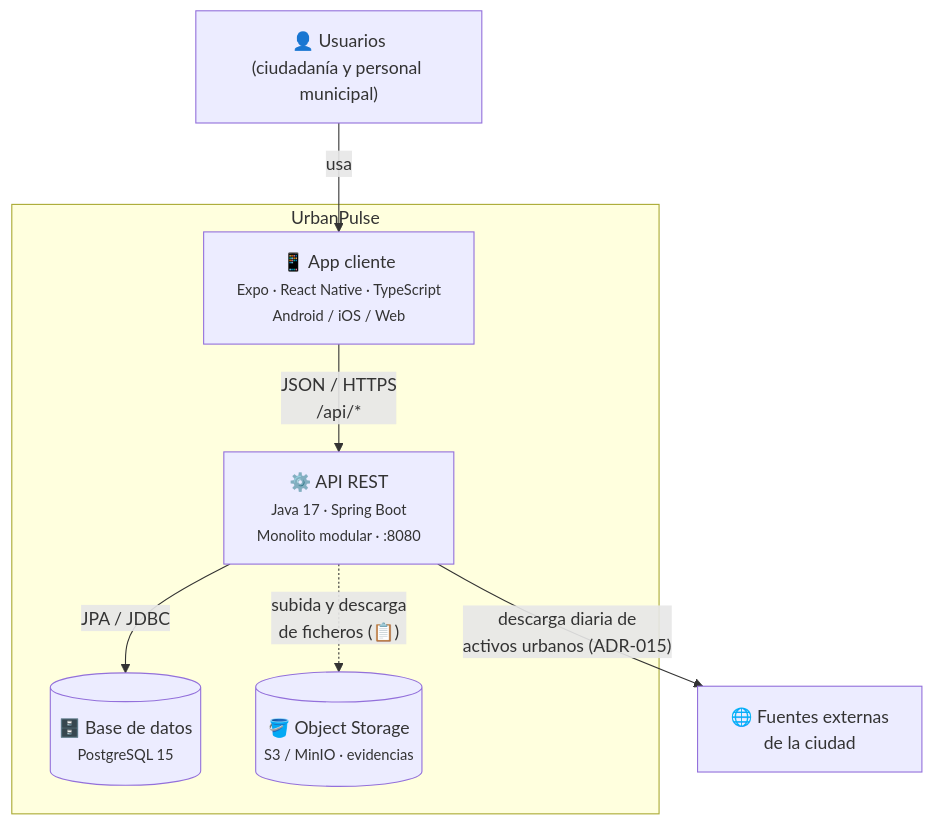
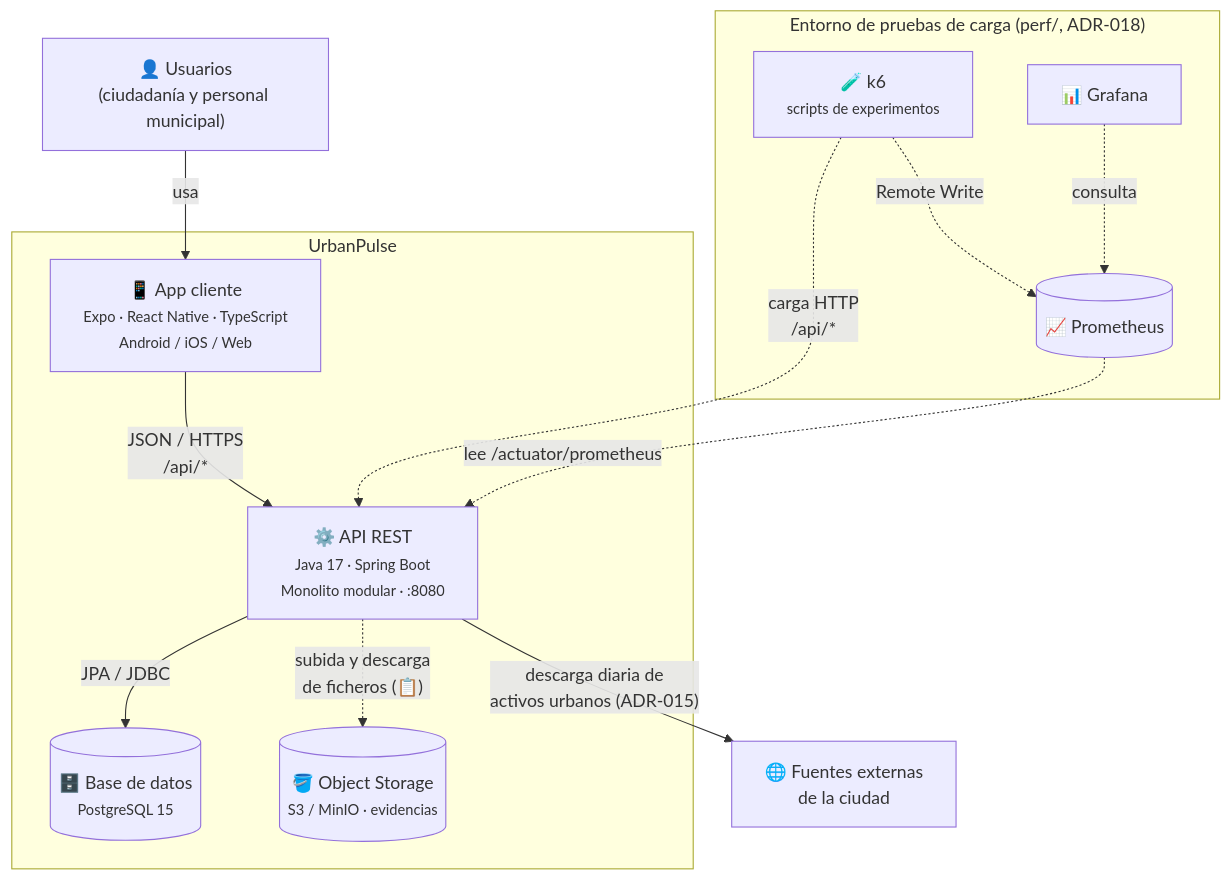
Before and after one commit to JANUEVE5/UrbanPulse: the second of 6 diagrams in docs/architecture.md, drawn with Mermaid. The commit also changed other lines of this file and 2 other files, not shown here.

Commit message:
docs(adr): añadir adr-018 sobre observabilidad y pruebas de carga

````diff
--- a/docs/architecture.md
+++ b/docs/architecture.md
@@ -74,19 +74,29 @@
 ```mermaid
 flowchart TB
     user["👤 Usuarios<br/>(ciudadanía y personal municipal)"]
 
     subgraph up["UrbanPulse"]
         app["📱 App cliente<br/><small>Expo · React Native · TypeScript<br/>Android / iOS / Web</small>"]
         api["⚙️ API REST<br/><small>Java 17 · Spring Boot<br/>Monolito modular · :8080</small>"]
         db[("🗄️ Base de datos<br/><small>PostgreSQL 15</small>")]
         obj[("🪣 Object Storage<br/><small>S3 / MinIO · evidencias</small>")]
     end
 
     ext["🌐 Fuentes externas<br/>de la ciudad"]
 
+    subgraph obs["Entorno de pruebas de carga (perf/, ADR-018)"]
+        k6["🧪 k6<br/><small>scripts de experimentos</small>"]
+        prom[("📈 Prometheus")]
+        graf["📊 Grafana"]
+    end
+
     user -- "usa" --> app
     app -- "JSON / HTTPS<br/>/api/*" --> api
     api -- "JPA / JDBC" --> db
     api -. "subida y descarga<br/>de ficheros (📋)" .-> obj
     api -- "descarga diaria de<br/>activos urbanos (ADR-015)" --> ext
+    k6 -. "carga HTTP<br/>/api/*" .-> api
+    k6 -. "Remote Write" .-> prom
+    prom -. "lee /actuator/prometheus" .-> api
+    graf -. "consulta" .-> prom
 ```
````
